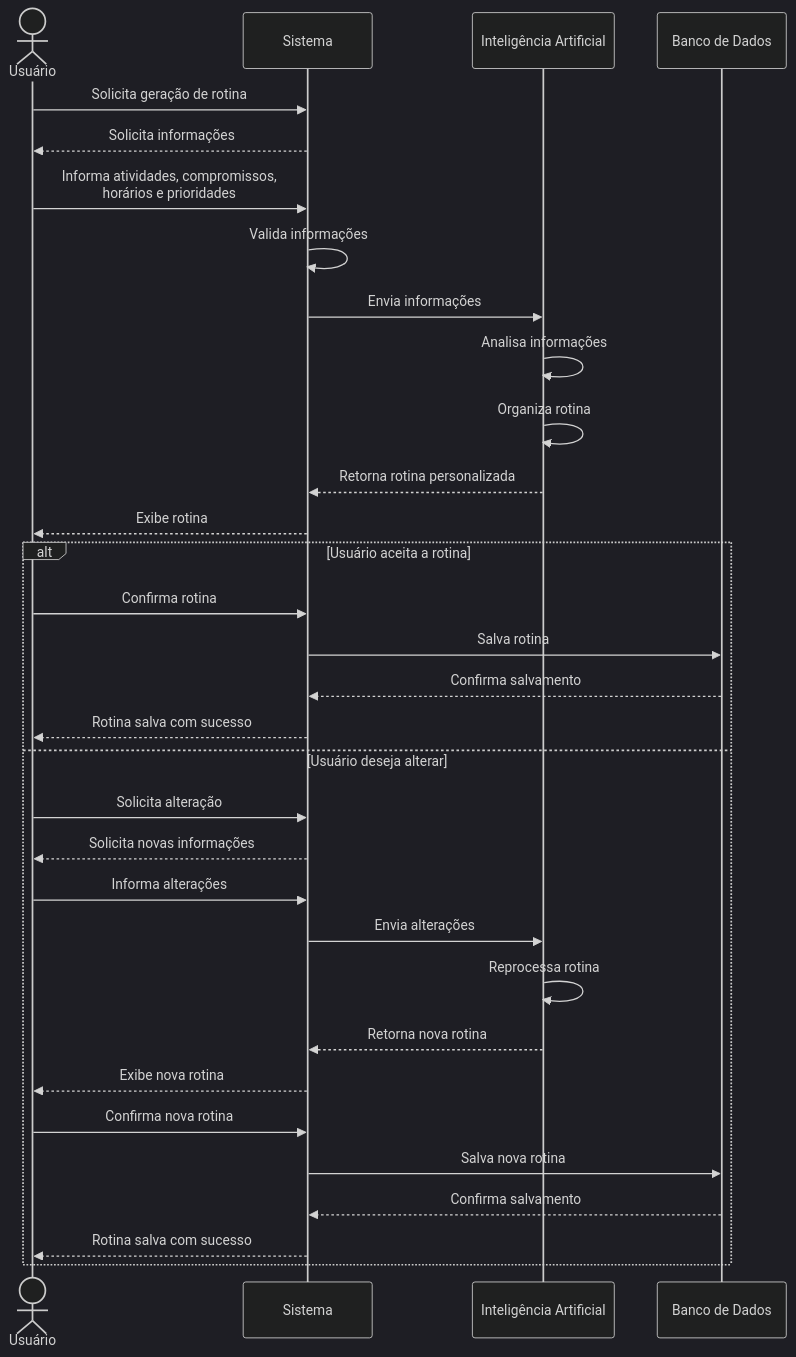
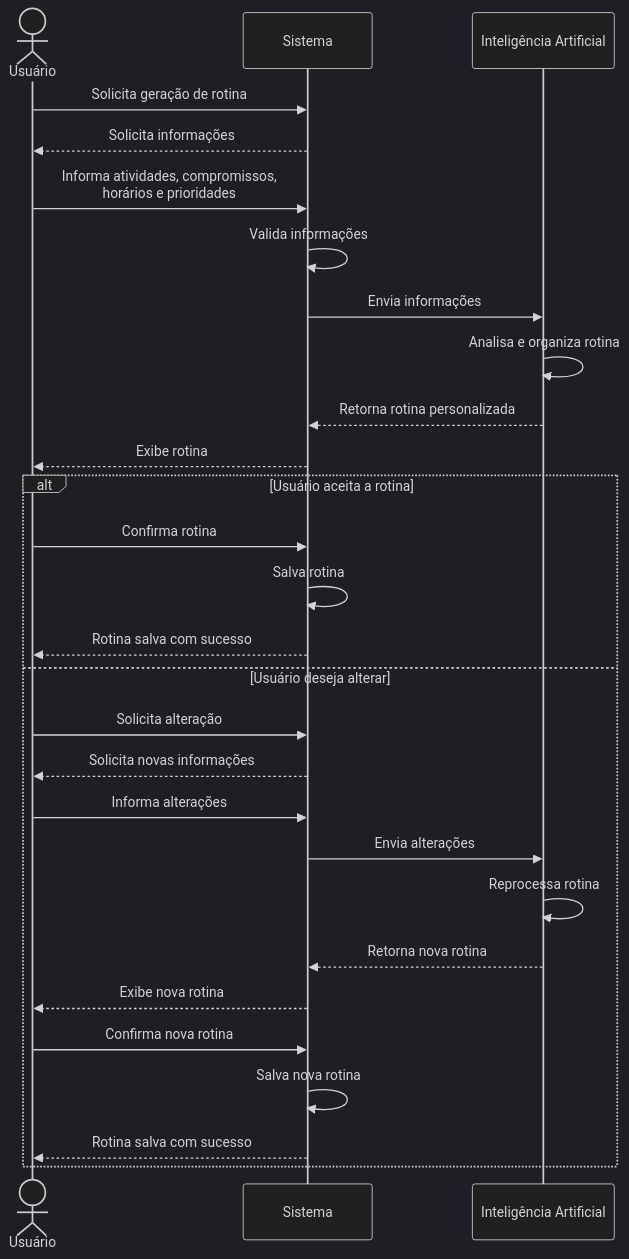
The diagram in Trabalho IA Rotina/Diagrama de Sequencia.mmd (Vitrolaaotn/Agente-de-IA-para-rotinas), drawn with Mermaid (dark theme) before and after one commit. The commit also changed 6 other files, not shown here.

```diff
--- a/Trabalho IA Rotina/Diagrama de Sequencia.mmd
+++ b/Trabalho IA Rotina/Diagrama de Sequencia.mmd
@@ -1,41 +1,37 @@
 sequenceDiagram
     actor U as Usuário
     participant S as Sistema
     participant IA as Inteligência Artificial
-    participant BD as Banco de Dados
 
-    U->>S: Solicita geração de rotina
-    S-->>U: Solicita informações
-    U->>S: Informa atividades, compromissos,<br/>horários e prioridades
+U->>S: Solicita geração de rotina
+S-->>U: Solicita informações
+U->>S: Informa atividades, compromissos,<br/>horários e prioridades
 
-    S->>S: Valida informações
+S->>S: Valida informações
 
-    S->>IA: Envia informações
-    IA->>IA: Analisa informações
-    IA->>IA: Organiza rotina
-    IA-->>S: Retorna rotina personalizada
+S->>IA: Envia informações
+IA->>IA: Analisa e organiza rotina
+IA-->>S: Retorna rotina personalizada
 
-    S-->>U: Exibe rotina
+S-->>U: Exibe rotina
 
-    alt Usuário aceita a rotina
-        U->>S: Confirma rotina
-        S->>BD: Salva rotina
-        BD-->>S: Confirma salvamento
-        S-->>U: Rotina salva com sucesso
+alt Usuário aceita a rotina
+    U->>S: Confirma rotina
+    S->>S: Salva rotina
+    S-->>U: Rotina salva com sucesso
 
-    else Usuário deseja alterar
-        U->>S: Solicita alteração
-        S-->>U: Solicita novas informações
-        U->>S: Informa alterações
+else Usuário deseja alterar
+    U->>S: Solicita alteração
+    S-->>U: Solicita novas informações
+    U->>S: Informa alterações
 
-        S->>IA: Envia alterações
-        IA->>IA: Reprocessa rotina
-        IA-->>S: Retorna nova rotina
+    S->>IA: Envia alterações
+    IA->>IA: Reprocessa rotina
+    IA-->>S: Retorna nova rotina
 
-        S-->>U: Exibe nova rotina
-        U->>S: Confirma nova rotina
+    S-->>U: Exibe nova rotina
+    U->>S: Confirma nova rotina
 
-        S->>BD: Salva nova rotina
-        BD-->>S: Confirma salvamento
-        S-->>U: Rotina salva com sucesso
-    end
+    S->>S: Salva nova rotina
+    S-->>U: Rotina salva com sucesso
+end
```
